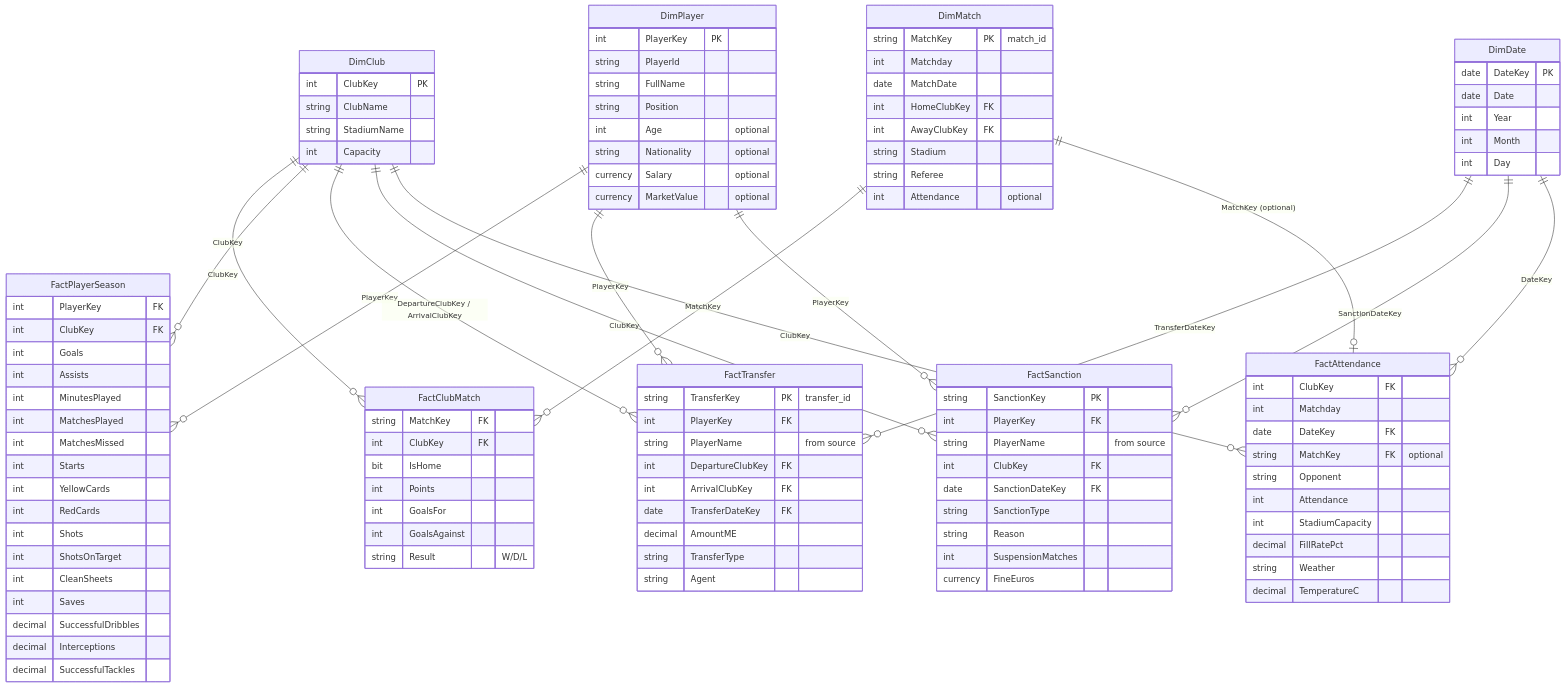
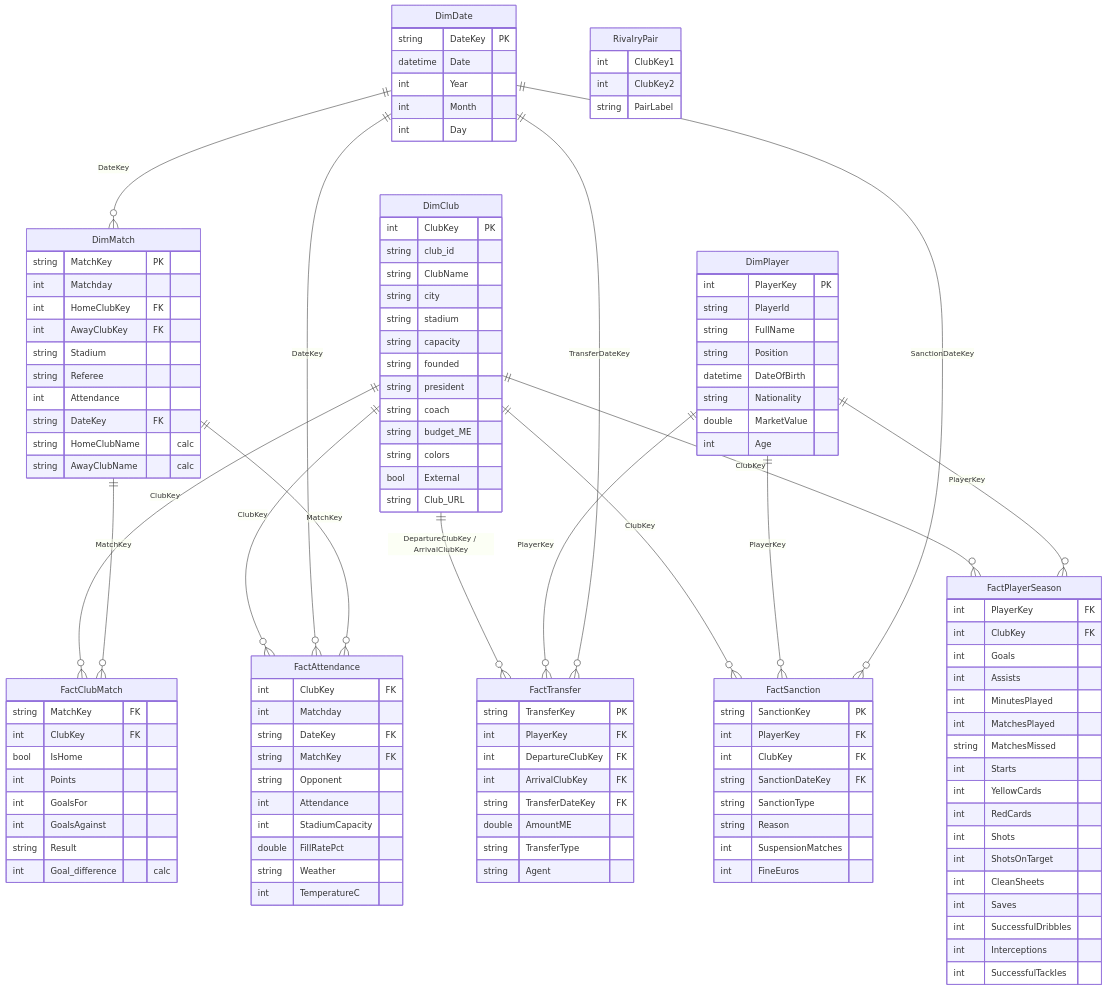
One commit to narekpirumyan/dataset-football-ligue1 changed the diagram in Docs/1_POWER_BI_STAR_SCHEMA_DESIGN.md. Above: the diagram before and after it, drawn with Mermaid. The commit also changed other lines of this file and 5 other files, not shown here.

````diff
--- a/Docs/1_POWER_BI_STAR_SCHEMA_DESIGN.md
+++ b/Docs/1_POWER_BI_STAR_SCHEMA_DESIGN.md
@@ -24,6 +26,7 @@
 erDiagram
     DimClub ||--o{ FactClubMatch : "ClubKey"
     DimMatch ||--o{ FactClubMatch : "MatchKey"
+    DimDate ||--o{ DimMatch : "DateKey"
     DimClub ||--o{ FactPlayerSeason : "ClubKey"
     DimPlayer ||--o{ FactPlayerSeason : "PlayerKey"
     DimClub ||--o{ FactTransfer : "DepartureClubKey / ArrivalClubKey"
@@ -34,13 +37,22 @@
     DimDate ||--o{ FactSanction : "SanctionDateKey"
     DimClub ||--o{ FactAttendance : "ClubKey"
     DimDate ||--o{ FactAttendance : "DateKey"
-    DimMatch ||--o| FactAttendance : "MatchKey (optional)"
+    DimMatch ||--o{ FactAttendance : "MatchKey"
 
     DimClub {
         int ClubKey PK
+        string club_id
         string ClubName
-        string StadiumName
-        int Capacity
+        string city
+        string stadium
+        string capacity
+        string founded
+        string president
+        string coach
+        string budget_ME
+        string colors
+        bool External
+        string Club_URL
     }
 
     DimPlayer {
@@ -48,39 +60,42 @@
         string PlayerId
         string FullName
         string Position
-        int Age "optional"
-        string Nationality "optional"
-        currency Salary "optional"
-        currency MarketValue "optional"
+        datetime DateOfBirth
+        string Nationality
+        double MarketValue
+        int Age
     }
 
     DimDate {
-        date DateKey PK
-        date Date
+        string DateKey PK
+        datetime Date
         int Year
         int Month
         int Day
     }
 
     DimMatch {
-        string MatchKey PK "match_id"
+        string MatchKey PK
         int Matchday
-        date MatchDate
         int HomeClubKey FK
         int AwayClubKey FK
         string Stadium
         string Referee
-        int Attendance "optional"
+        int Attendance
+        string DateKey FK
+        string HomeClubName "calc"
+        string AwayClubName "calc"
     }
 
     FactClubMatch {
         string MatchKey FK
         int ClubKey FK
-        bit IsHome
+        bool IsHome
         int Points
         int GoalsFor
         int GoalsAgainst
-        string Result "W/D/L"
+        string Result
+        int Goal_difference "calc"
     }
 
     FactPlayerSeason {
@@ -90,7 +105,7 @@
         int Assists
         int MinutesPlayed
         int MatchesPlayed
-        int MatchesMissed
+        string MatchesMissed
         int Starts
         int YellowCards
         int RedCards
@@ -98,19 +113,18 @@
         int ShotsOnTarget
         int CleanSheets
         int Saves
-        decimal SuccessfulDribbles
-        decimal Interceptions
-        decimal SuccessfulTackles
+        int SuccessfulDribbles
+        int Interceptions
+        int SuccessfulTackles
     }
 
     FactTransfer {
-        string TransferKey PK "transfer_id"
+        string TransferKey PK
         int PlayerKey FK
-        string PlayerName "from source"
         int DepartureClubKey FK
         int ArrivalClubKey FK
-        date TransferDateKey FK
-        decimal AmountME
+        string TransferDateKey FK
+        double AmountME
         string TransferType
         string Agent
     }
@@ -118,25 +132,30 @@
     FactSanction {
         string SanctionKey PK
         int PlayerKey FK
-        string PlayerName "from source"
         int ClubKey FK
-        date SanctionDateKey FK
+        string SanctionDateKey FK
         string SanctionType
         string Reason
         int SuspensionMatches
-        currency FineEuros
+        int FineEuros
     }
 
     FactAttendance {
         int ClubKey FK
         int Matchday
-        date DateKey FK
-        string MatchKey FK "optional"
+        string DateKey FK
+        string MatchKey FK
         string Opponent
         int Attendance
         int StadiumCapacity
-        decimal FillRatePct
+        double FillRatePct
         string Weather
-        decimal TemperatureC
+        int TemperatureC
+    }
+
+    RivalryPair {
+        int ClubKey1
+        int ClubKey2
+        string PairLabel
     }
 ```
````
